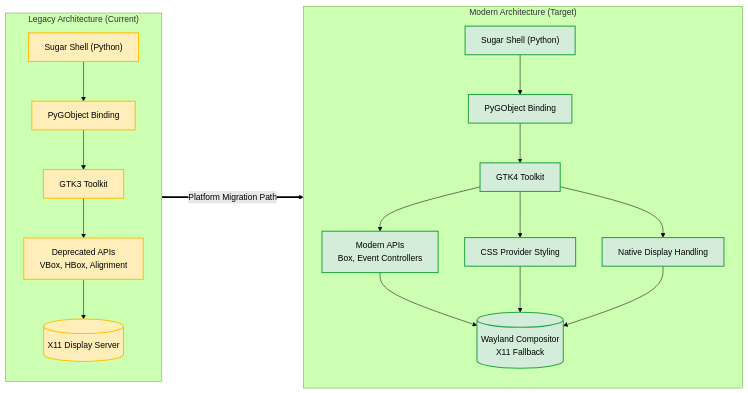
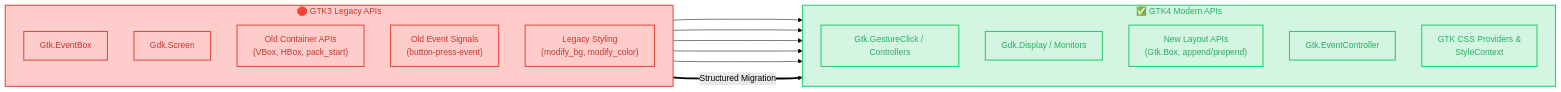
One commit to Dev10-sys/sugar-proposal-gtk changed the third of 7 diagrams in proposal.md. Above: the diagram before and after it, drawn with Mermaid (forest theme). The commit also changed other lines of this file, not shown here.

````diff
--- a/proposal.md
+++ b/proposal.md
@@ -182,31 +190,38 @@
 ```mermaid
 flowchart LR
-    classDef legacy fill:#ffeeba,stroke:#ffc107,stroke-width:2px,color:#000;
-    classDef modern fill:#d4edda,stroke:#28a745,stroke-width:2px,color:#000;
+    %% Deprecated Components
+    subgraph Legacy ["🛑 GTK3 Legacy APIs"]
+        direction TB
+        EventBox["Gtk.EventBox"]
+        GdkScreen["Gdk.Screen"]
+        ContainerAPI["Old Container APIs\n(VBox, HBox, pack_start)"]
+        OldSignals["Old Event Signals\n(button-press-event)"]
+        ModifyBG["Legacy Styling\n(modify_bg, modify_color)"]
+    end
 
-    subgraph LegacyArch ["Legacy Architecture (Current)"]
+    %% Modern Equivalents
+    subgraph Modern ["✅ GTK4 Modern APIs"]
         direction TB
-        L1["Sugar Shell (Python)"]
-        L1 --> L2["PyGObject Binding"]
-        L2 --> L3["GTK3 Toolkit"]
-        L3 --> L4["Deprecated APIs<br/>VBox, HBox, Alignment"]
-        L4 --> L5[("X11 Display Server")]
+        GestureController["Gtk.GestureClick / Controllers"]
+        GdkDisplay["Gdk.Display / Monitors"]
+        NewLayoutAPI["New Layout APIs\n(Gtk.Box, append/prepend)"]
+        EventControllers["Gtk.EventController"]
+        CSSStyling["GTK CSS Providers &\nStyleContext"]
     end
-    class L1,L2,L3,L4,L5 legacy;
 
-    subgraph TargetArch ["Modern Architecture (Target)"]
-        direction TB
-        T1["Sugar Shell (Python)"]
-        T1 --> T2["PyGObject Binding"]
-        T2 --> T3["GTK4 Toolkit"]
-        T3 --> T4["Modern APIs<br/>Box, Event Controllers"]
-        T3 --> T5["CSS Provider Styling"]
-        T3 --> T6["Native Display Handling"]
-        T4 --> T7[("Wayland Compositor<br/>X11 Fallback")]
-        T5 --> T7
-        T6 --> T7
-    end
-    class T1,T2,T3,T4,T5,T6,T7 modern;
-    
-    LegacyArch ===>|Platform Migration Path| TargetArch
+    %% Mapping connections
+    Legacy ===>|Structured Migration| Modern
+
+    EventBox --> GestureController
+    GdkScreen --> GdkDisplay
+    ContainerAPI --> NewLayoutAPI
+    OldSignals --> EventControllers
+    ModifyBG --> CSSStyling
+
+    %% Styling
+    classDef legacy fill:#ffcccc,stroke:#e74c3c,stroke-width:2px,color:#c0392b;
+    classDef modern fill:#d5f5e3,stroke:#2ecc71,stroke-width:2px,color:#27ae60;
+
+    class Legacy,EventBox,GdkScreen,ContainerAPI,OldSignals,ModifyBG legacy;
+    class Modern,GestureController,GdkDisplay,NewLayoutAPI,EventControllers,CSSStyling modern;
 ```
````
